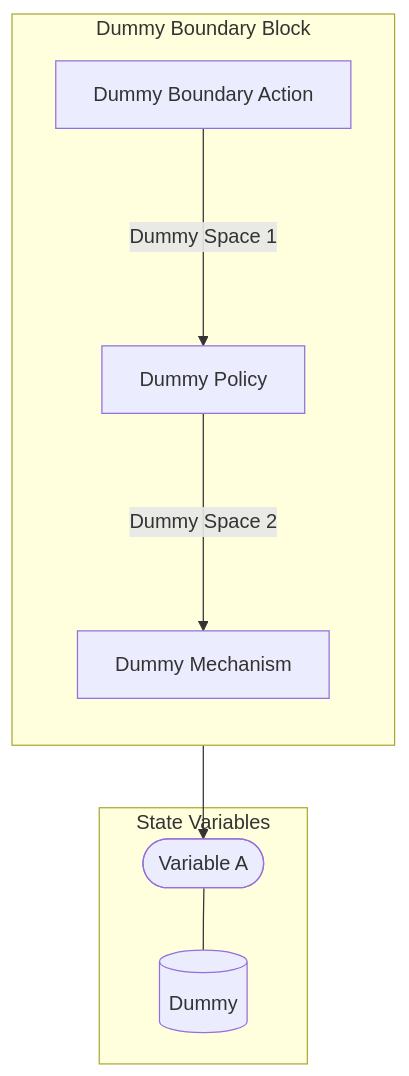
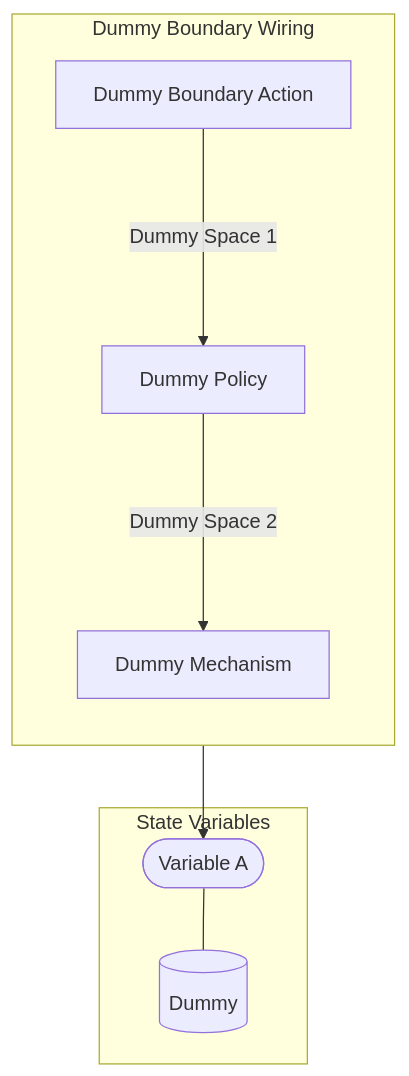
The first of 2 diagrams in examples/StarterRepo/reports/markdown/Displays/Wiring/Boundary Wirings.md (BlockScience/MSML), drawn with Mermaid before and after one commit. The commit also changed other lines of this file and 15 other files, not shown here.

````diff
--- a/examples/StarterRepo/reports/markdown/Displays/Wiring/Boundary Wirings.md
+++ b/examples/StarterRepo/reports/markdown/Displays/Wiring/Boundary Wirings.md
@@ -3,19 +3,19 @@
 ```mermaid
 graph TB
 
 subgraph SVS["State Variables"]
 EE0[("Dummy")]
 EES0(["Variable A"])
 EES0 --- EE0
 end
 
-subgraph X4["Dummy Boundary Block"]
+subgraph X4["Dummy Boundary Wiring"]
 direction TB
 X1["Dummy Boundary Action"]
 X2["Dummy Policy"]
 X3["Dummy Mechanism"]
 X3 --> EES0
 X1--"Dummy Space 1"--->X2
 X2--"Dummy Space 2"--->X3
 end
 ```
````
